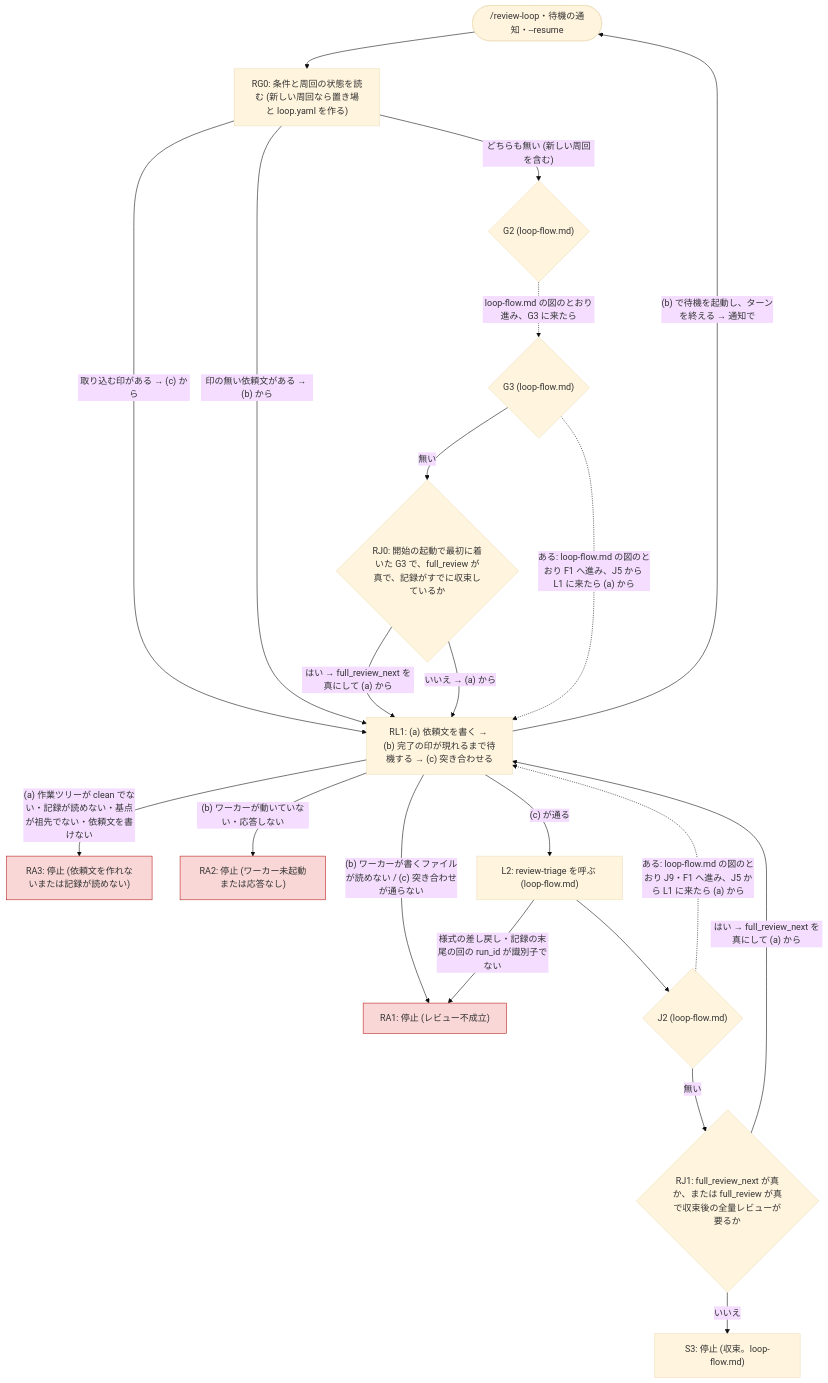
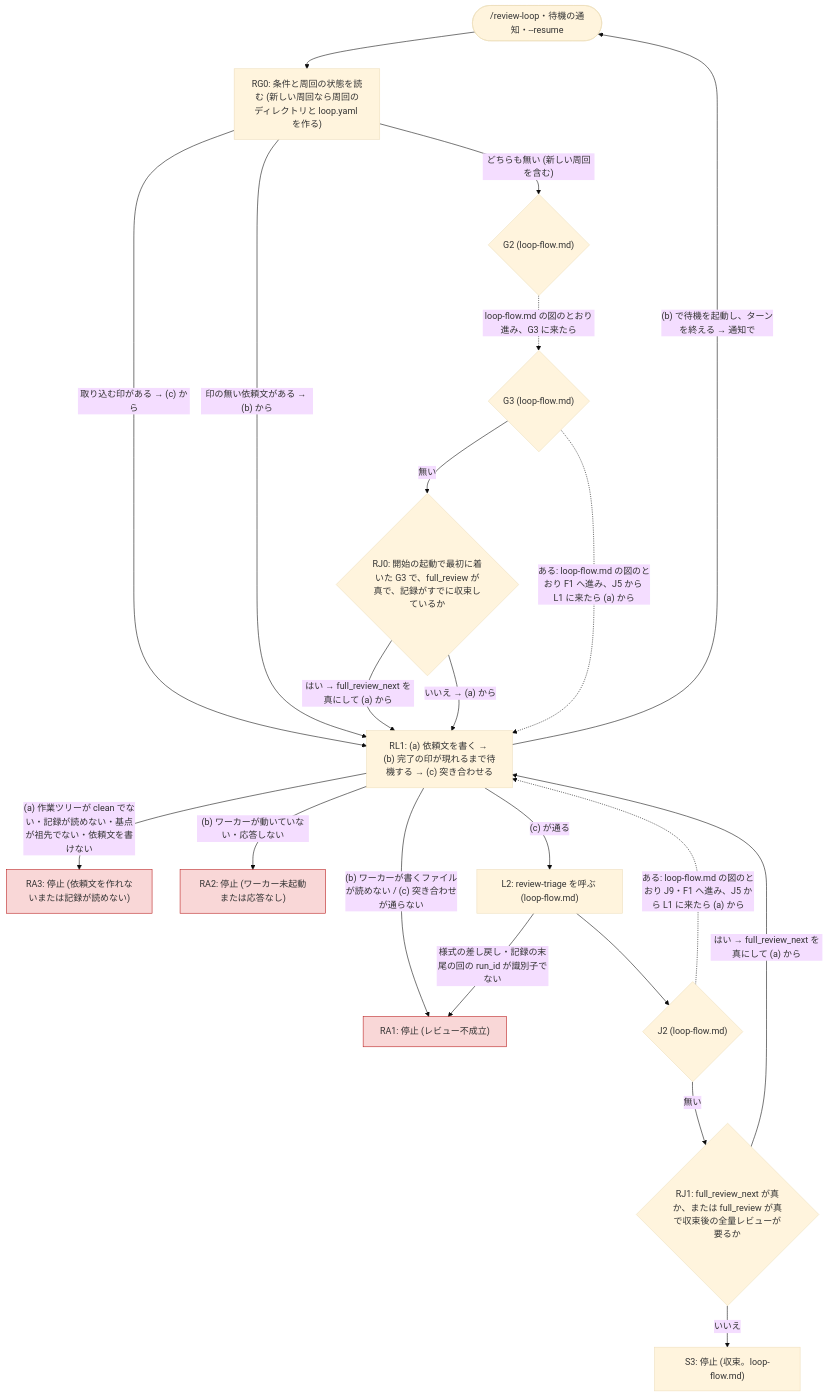
The diagram in review-triage/skills/review-loop/references/stops.md (akm/claude-plugins), drawn with Mermaid (base theme) before and after one commit. The commit also changed other lines of this file and 17 other files, not shown here.

````diff
--- a/review-triage/skills/review-loop/references/stops.md
+++ b/review-triage/skills/review-loop/references/stops.md
@@ -12,41 +12,41 @@
 ```mermaid
 flowchart TD
   IN(["/review-loop・待機の通知・--resume"])
-  RG0["RG0: 条件と周回の状態を読む (新しい周回なら置き場と loop.yaml を作る)"]
+  RG0["RG0: 条件と周回の状態を読む (新しい周回なら周回のディレクトリと loop.yaml を作る)"]
   RL1["RL1: (a) 依頼文を書く → (b) 完了の印が現れるまで待機する → (c) 突き合わせる"]
   G2{"G2 (loop-flow.md)"}
   G3{"G3 (loop-flow.md)"}
   RJ0{"RJ0: 開始の起動で最初に着いた G3 で、full_review が真で、記録がすでに収束しているか"}
   L2["L2: review-triage を呼ぶ (loop-flow.md)"]
   J2{"J2 (loop-flow.md)"}
   RJ1{"RJ1: full_review_next が真か、または full_review が真で収束後の全量レビューが要るか"}
   S3["S3: 停止 (収束。loop-flow.md)"]
   RA1["RA1: 停止 (レビュー不成立)"]
   RA2["RA2: 停止 (ワーカー未起動または応答なし)"]
   RA3["RA3: 停止 (依頼文を作れないまたは記録が読めない)"]
 
   IN --> RG0
   RG0 -- "取り込む印がある → (c) から" --> RL1
   RG0 -- "印の無い依頼文がある → (b) から" --> RL1
   RG0 -- "どちらも無い (新しい周回を含む)" --> G2
   G2 -. "loop-flow.md の図のとおり進み、G3 に来たら" .-> G3
   G3 -- 無い --> RJ0
   G3 -. "ある: loop-flow.md の図のとおり F1 へ進み、J5 から L1 に来たら (a) から" .-> RL1
   RJ0 -- "はい → full_review_next を真にして (a) から" --> RL1
   RJ0 -- "いいえ → (a) から" --> RL1
   RL1 -- "(b) で待機を起動し、ターンを終える → 通知で" --> IN
   RL1 -- "(a) 作業ツリーが clean でない・記録が読めない・基点が祖先でない・依頼文を書けない" --> RA3
   RL1 -- "(b) ワーカーが動いていない・応答しない" --> RA2
   RL1 -- "(b) ワーカーが書くファイルが読めない / (c) 突き合わせが通らない" --> RA1
   RL1 -- "(c) が通る" --> L2
   L2 -- "様式の差し戻し・記録の末尾の回の run_id が識別子でない" --> RA1
   L2 --> J2
   J2 -. "ある: loop-flow.md の図のとおり J9・F1 へ進み、J5 から L1 に来たら (a) から" .-> RL1
   J2 -- 無い --> RJ1
   RJ1 -- "はい → full_review_next を真にして (a) から" --> RL1
   RJ1 -- いいえ --> S3
 
   style RA1 fill:#dc26262e,stroke:#b91c1c
   style RA2 fill:#dc26262e,stroke:#b91c1c
   style RA3 fill:#dc26262e,stroke:#b91c1c
 ```
````
